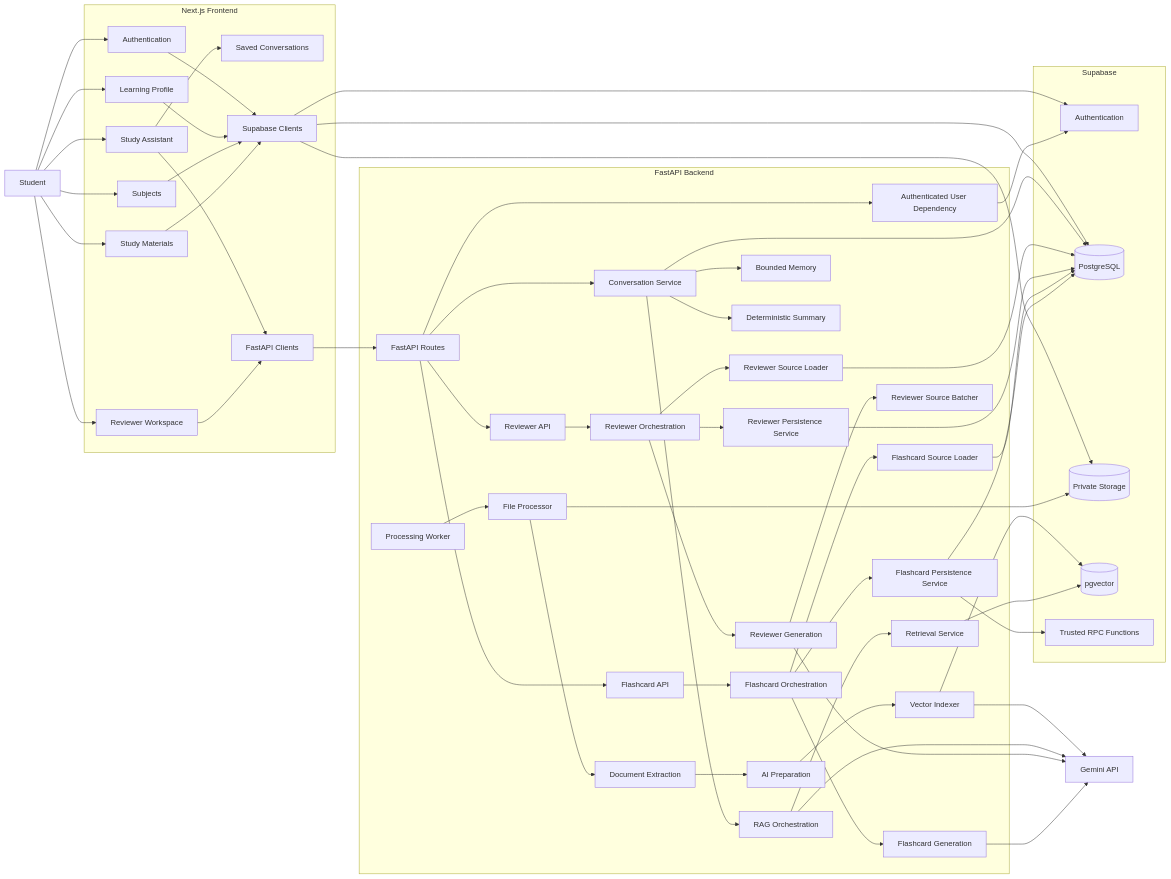
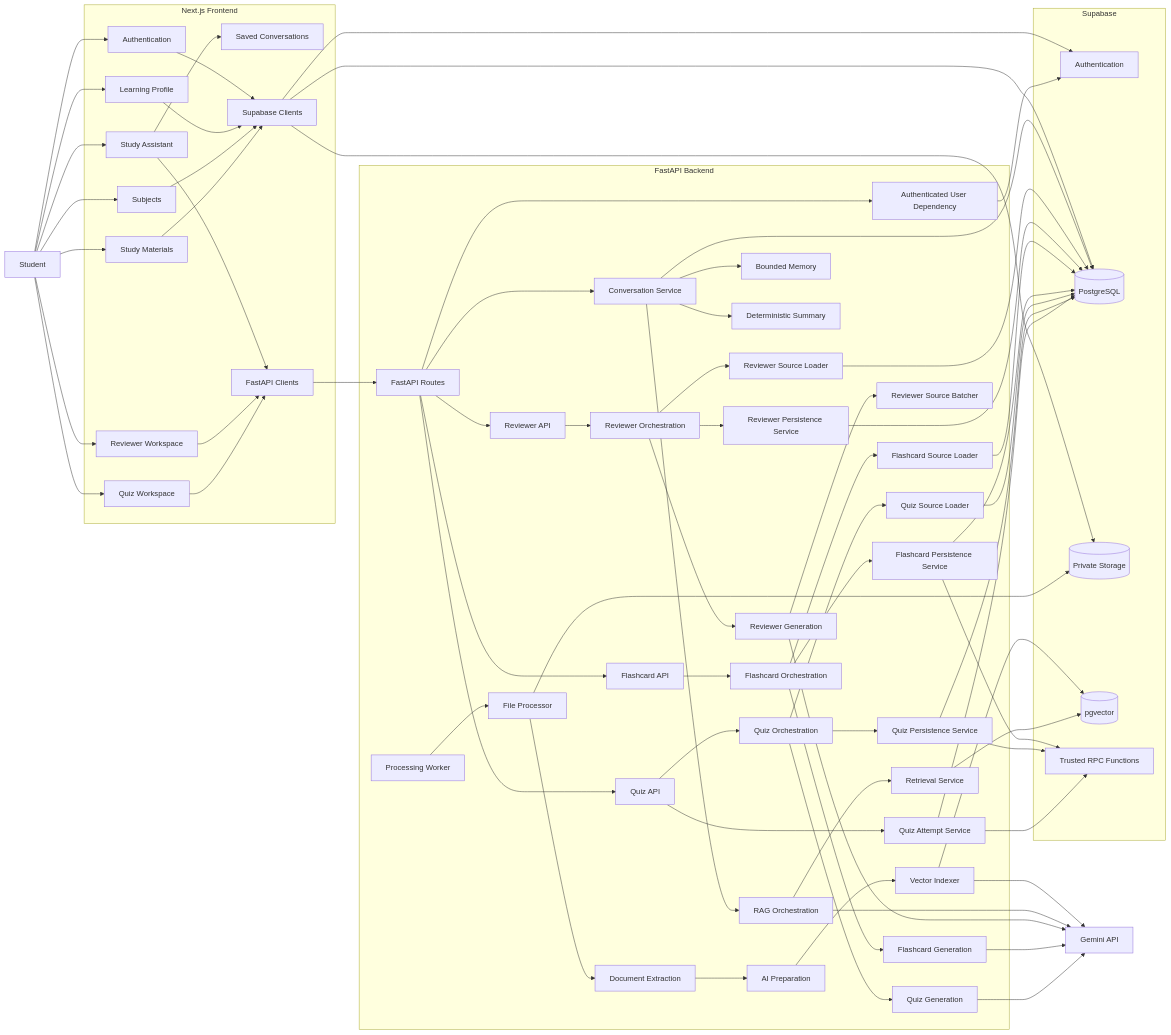
The first of 22 diagrams in docs/ARCHITECTURE.md (jianna-acc/stsp-capstone), drawn with Mermaid before and after one commit. The commit also changed other lines of this file and 62 other files, not shown here.

Commit message:
feat: implement quiz generation, attempts, and history

````diff
--- a/docs/ARCHITECTURE.md
+++ b/docs/ARCHITECTURE.md
@@ -89,6 +97,7 @@
         ASSISTANT["Study Assistant"]
         HISTORY["Saved Conversations"]
         REVIEWERS_UI["Reviewer Workspace"]
+        QUIZZES_UI["Quiz Workspace"]
 
         SUPABASE_CLIENT["Supabase Clients"]
         API_CLIENT["FastAPI Clients"]
@@ -123,6 +132,13 @@
         FLASHCARD_SOURCE["Flashcard Source Loader"]
         FLASHCARD_GENERATION["Flashcard Generation"]
         FLASHCARD_SERVICE["Flashcard Persistence Service"]
+
+        QUIZ_API["Quiz API"]
+        QUIZ_ORCHESTRATION["Quiz Orchestration"]
+        QUIZ_SOURCE["Quiz Source Loader"]
+        QUIZ_GENERATION["Quiz Generation"]
+        QUIZ_SERVICE["Quiz Persistence Service"]
+        QUIZ_ATTEMPTS["Quiz Attempt Service"]
     end
 
     subgraph SUPABASE["Supabase"]
@@ -141,6 +157,7 @@
     STUDENT --> FILE_UI
     STUDENT --> ASSISTANT
     STUDENT --> REVIEWERS_UI
+    STUDENT --> QUIZZES_UI
 
     AUTH_UI --> SUPABASE_CLIENT
     ONBOARDING --> SUPABASE_CLIENT
@@ -154,6 +171,7 @@
     ASSISTANT --> HISTORY
     ASSISTANT --> API_CLIENT
     REVIEWERS_UI --> API_CLIENT
+    QUIZZES_UI --> API_CLIENT
 
     API_CLIENT --> API
     API --> AUTH_DEP
@@ -200,4 +218,18 @@
     FLASHCARD_GENERATION --> GEMINI
     FLASHCARD_SERVICE --> RPC
     FLASHCARD_SERVICE --> DATABASE
+
+    API --> QUIZ_API
+    QUIZ_API --> QUIZ_ORCHESTRATION
+    QUIZ_ORCHESTRATION --> QUIZ_SOURCE
+    QUIZ_ORCHESTRATION --> QUIZ_GENERATION
+    QUIZ_ORCHESTRATION --> QUIZ_SERVICE
+    QUIZ_API --> QUIZ_ATTEMPTS
+
+    QUIZ_SOURCE --> DATABASE
+    QUIZ_GENERATION --> GEMINI
+    QUIZ_SERVICE --> RPC
+    QUIZ_SERVICE --> DATABASE
+    QUIZ_ATTEMPTS --> RPC
+    QUIZ_ATTEMPTS --> DATABASE
 ```
````
